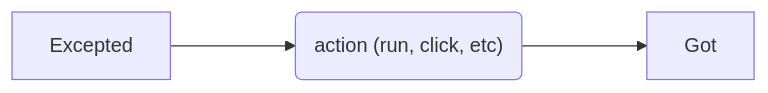
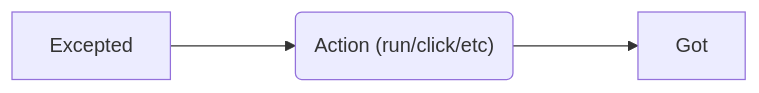
The first of 2 diagrams in site/content/articles/how-we-contribute.ru.md (alchemmist/blog), drawn with Mermaid before and after one commit. The commit also changed 7 other files, not shown here.

````diff
--- a/site/content/articles/how-we-contribute.ru.md
+++ b/site/content/articles/how-we-contribute.ru.md
@@ -69,5 +69,5 @@
 ```mermaid
 graph LR
-    A[Excepted] ---> B("action (run, click, etc)")
+    A[Excepted] ---> B("Action (run/click/etc)")
     B ---> C[Got]
 ```
````
